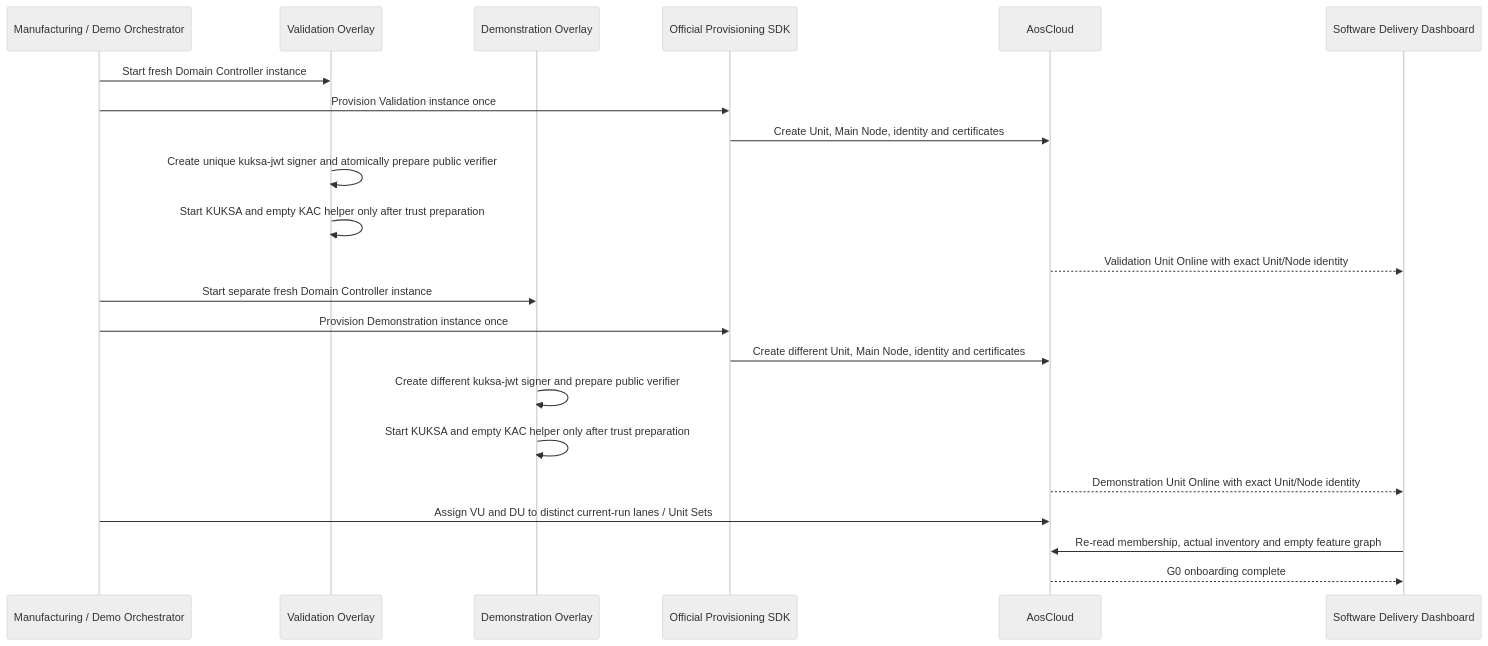
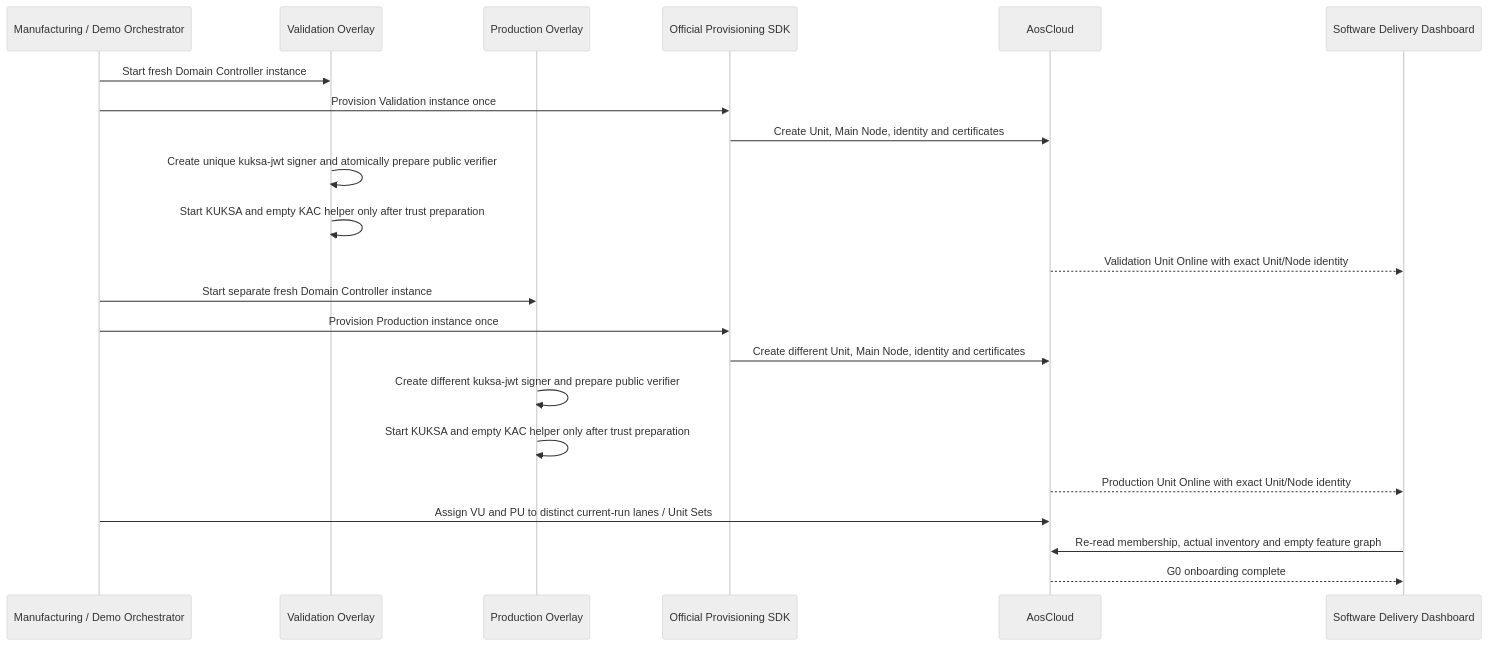
The fifth of 22 diagrams in docs/architecture/demo-scenario-architecture-flows.md (alexmaninblack/aosedge-sdv-demo), drawn with Mermaid (neutral theme) before and after one commit. The commit also changed other lines of this file and 176 other files, not shown here.

````diff
--- a/docs/architecture/demo-scenario-architecture-flows.md
+++ b/docs/architecture/demo-scenario-architecture-flows.md
@@ -402,25 +403,25 @@
 ```mermaid
 sequenceDiagram
     participant OR as Manufacturing / Demo Orchestrator
     participant VO as Validation Overlay
-    participant DO as Demonstration Overlay
+    participant PO as Production Overlay
     participant SDK as Official Provisioning SDK
     participant AC as AosCloud
     participant SD as Software Delivery Dashboard
 
     OR->>VO: Start fresh Domain Controller instance
     OR->>SDK: Provision Validation instance once
     SDK->>AC: Create Unit, Main Node, identity and certificates
     VO->>VO: Create unique kuksa-jwt signer and atomically prepare public verifier
     VO->>VO: Start KUKSA and empty KAC helper only after trust preparation
     AC-->>SD: Validation Unit Online with exact Unit/Node identity
-    OR->>DO: Start separate fresh Domain Controller instance
-    OR->>SDK: Provision Demonstration instance once
+    OR->>PO: Start separate fresh Domain Controller instance
+    OR->>SDK: Provision Production instance once
     SDK->>AC: Create different Unit, Main Node, identity and certificates
-    DO->>DO: Create different kuksa-jwt signer and prepare public verifier
-    DO->>DO: Start KUKSA and empty KAC helper only after trust preparation
-    AC-->>SD: Demonstration Unit Online with exact Unit/Node identity
-    OR->>AC: Assign VU and DU to distinct current-run lanes / Unit Sets
+    PO->>PO: Create different kuksa-jwt signer and prepare public verifier
+    PO->>PO: Start KUKSA and empty KAC helper only after trust preparation
+    AC-->>SD: Production Unit Online with exact Unit/Node identity
+    OR->>AC: Assign VU and PU to distinct current-run lanes / Unit Sets
     SD->>AC: Re-read membership, actual inventory and empty feature graph
     AC-->>SD: G0 onboarding complete
 ```
````
